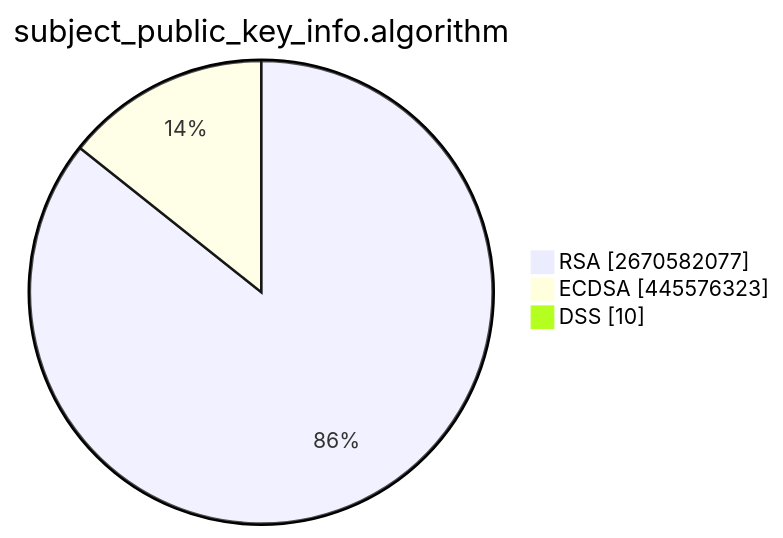
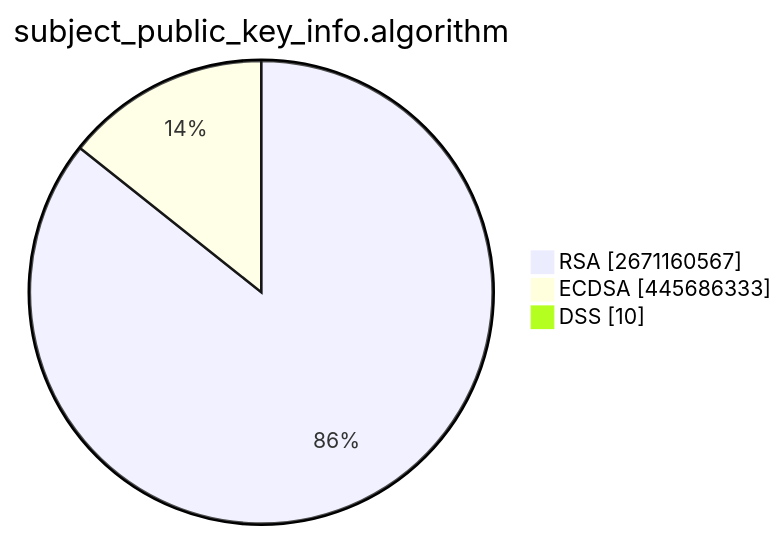
One commit to christiankrug/ctmonitor_visualization changed the second of 15 diagrams in TOTAL/README.md. Above: the diagram before and after it, drawn with Mermaid. The commit also changed other lines of this file, not shown here.

````diff
--- a/TOTAL/README.md
+++ b/TOTAL/README.md
@@ -6,7 +6,7 @@
 ```mermaid
 pie showData
 title subject_public_key_info.algorithm
-"RSA" :2670582077
-"ECDSA" :445576323
+"RSA" :2671160567
+"ECDSA" :445686333
 "DSS" :10
 ```
````
